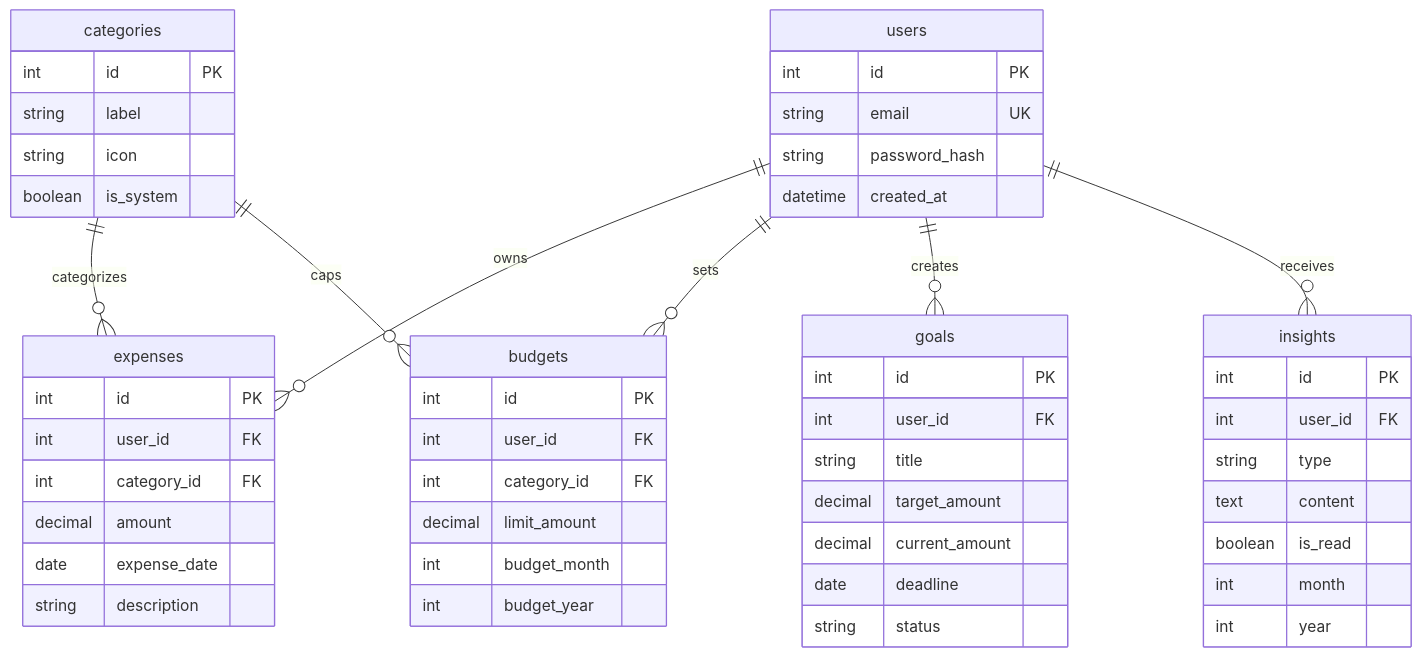
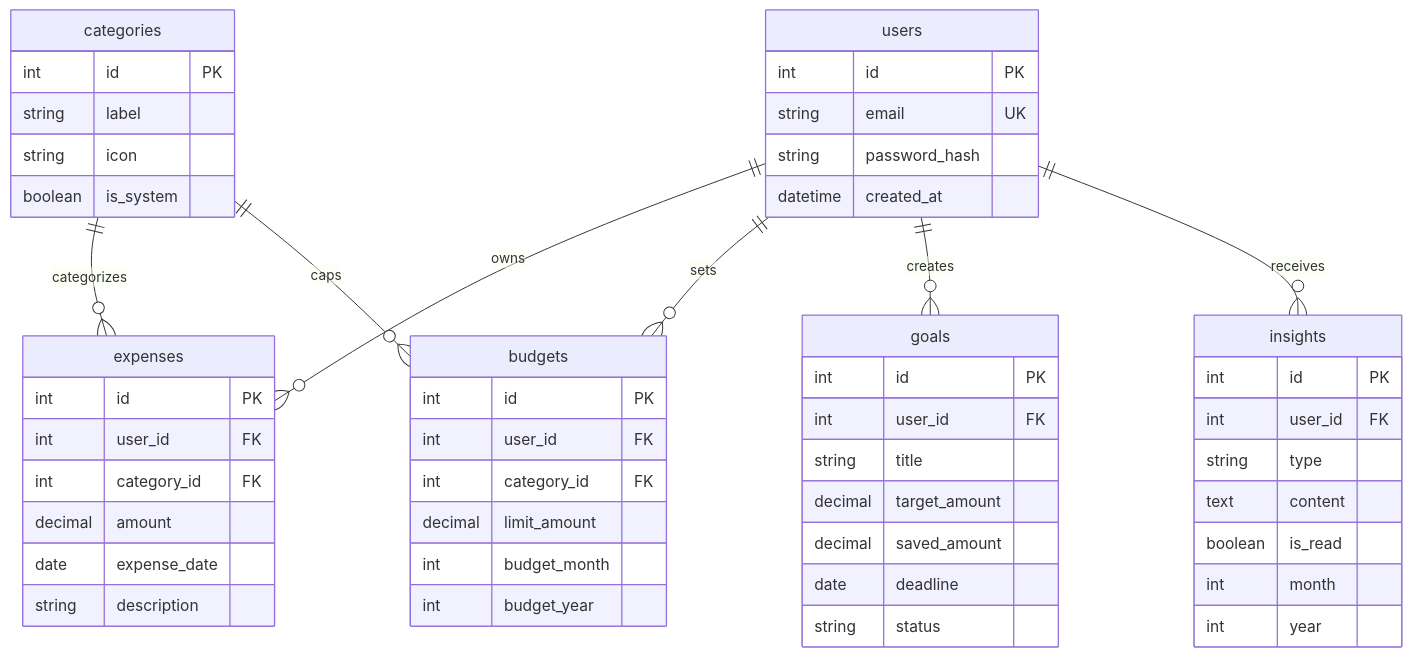
One commit to Karthik00769/SmartSpend changed the diagram in docs/database-schema.md. Above: the diagram before and after it, drawn with Mermaid. The commit also changed 115 other files, not shown here.

````diff
--- a/docs/database-schema.md
+++ b/docs/database-schema.md
@@ -11,61 +11,61 @@
 ```mermaid
 erDiagram
     users ||--o{ expenses : owns
     users ||--o{ budgets : sets
     users ||--o{ goals : creates
     users ||--o{ insights : receives
     categories ||--o{ expenses : categorizes
     categories ||--o{ budgets : caps
     
     users {
         int id PK
         string email UK
         string password_hash
         datetime created_at
     }
 
     categories {
         int id PK
         string label
         string icon
         boolean is_system
     }
 
     expenses {
         int id PK
         int user_id FK
         int category_id FK
         decimal amount
         date expense_date
         string description
     }
 
     budgets {
         int id PK
         int user_id FK
         int category_id FK
         decimal limit_amount
         int budget_month
         int budget_year
     }
 
     goals {
         int id PK
         int user_id FK
         string title
         decimal target_amount
-        decimal current_amount
+        decimal saved_amount
         date deadline
         string status
     }
 
     insights {
         int id PK
         int user_id FK
         string type
         text content
         boolean is_read
         int month
         int year
     }
 ```
````
